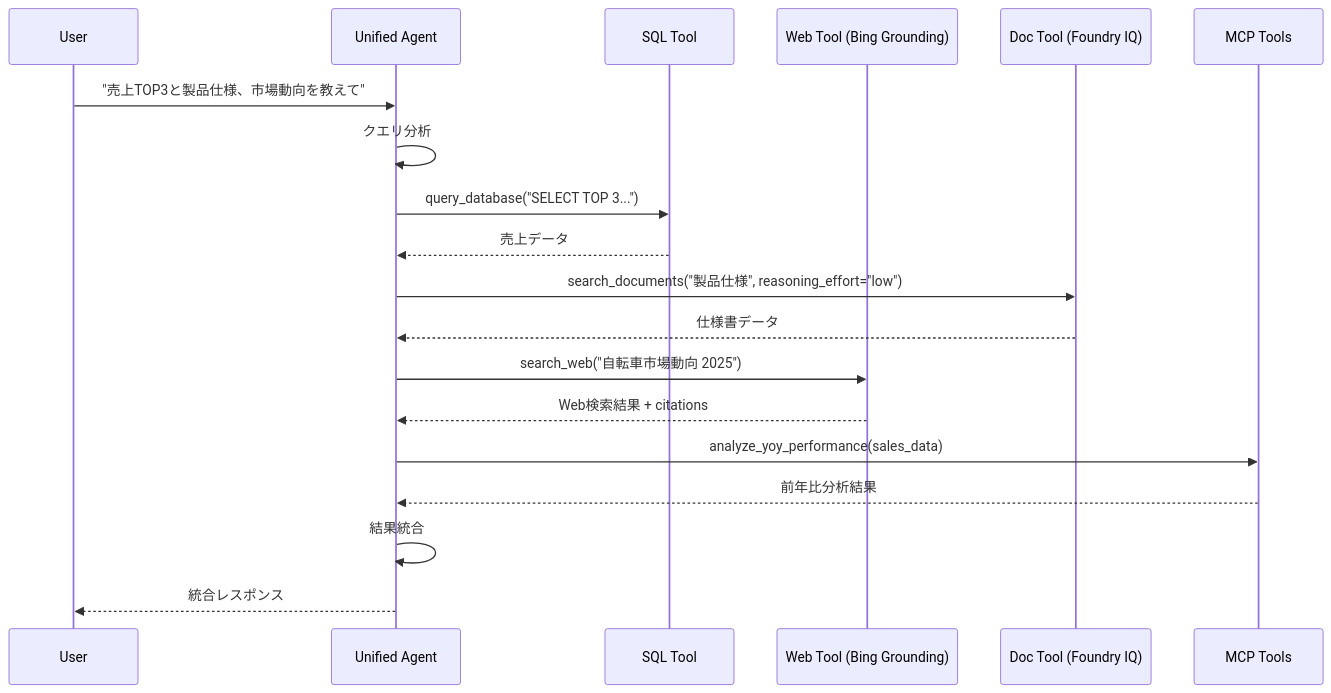
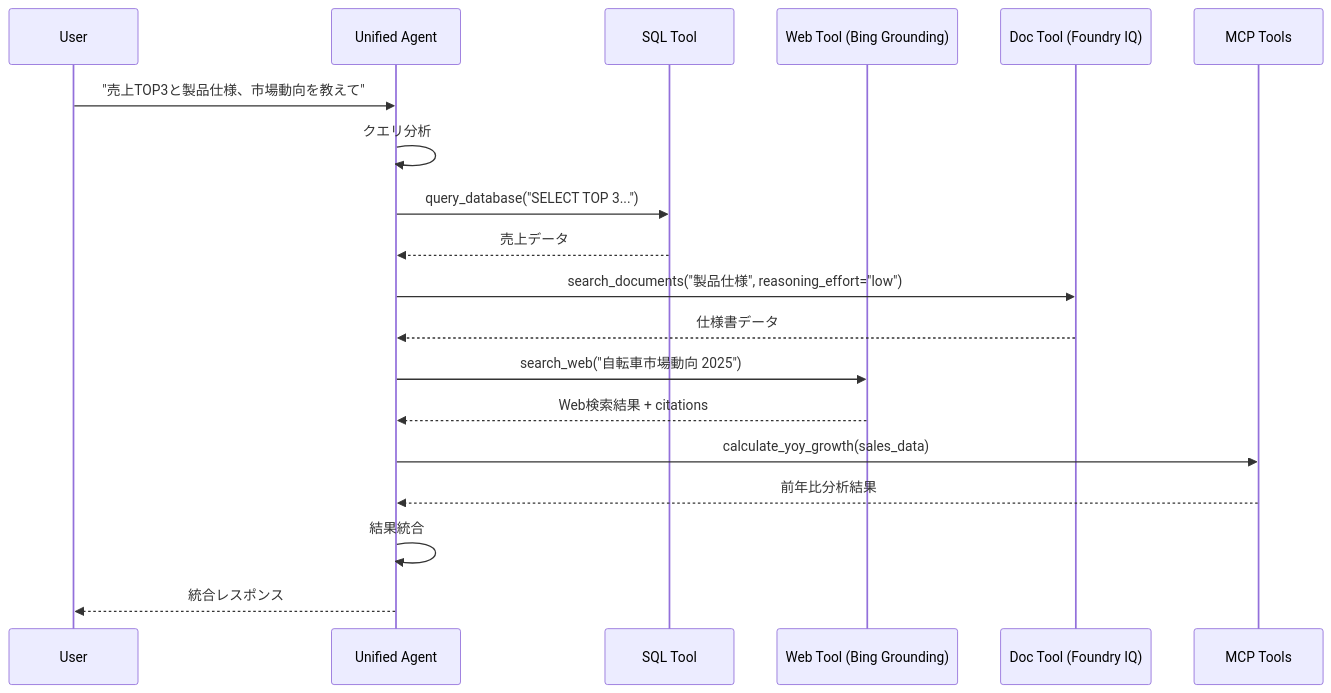
The first of 2 diagrams in documents/Agent-Architecture.md (naoki1213mj/fabric-foundry-agentic-starter), drawn with Mermaid before and after one commit. The commit also changed other lines of this file and 36 other files, not shown here.

````diff
--- a/documents/Agent-Architecture.md
+++ b/documents/Agent-Architecture.md
@@ -185,22 +204,22 @@
 ```mermaid
 sequenceDiagram
     participant U as User
     participant A as Unified Agent
     participant S as SQL Tool
     participant W as Web Tool (Bing Grounding)
     participant D as Doc Tool (Foundry IQ)
     participant M as MCP Tools
 
     U->>A: "売上TOP3と製品仕様、市場動向を教えて"
     A->>A: クエリ分析
     A->>S: query_database("SELECT TOP 3...")
     S-->>A: 売上データ
     A->>D: search_documents("製品仕様", reasoning_effort="low")
     D-->>A: 仕様書データ
     A->>W: search_web("自転車市場動向 2025")
     W-->>A: Web検索結果 + citations
-    A->>M: analyze_yoy_performance(sales_data)
+    A->>M: calculate_yoy_growth(sales_data)
     M-->>A: 前年比分析結果
     A->>A: 結果統合
     A-->>U: 統合レスポンス
 ```
````
